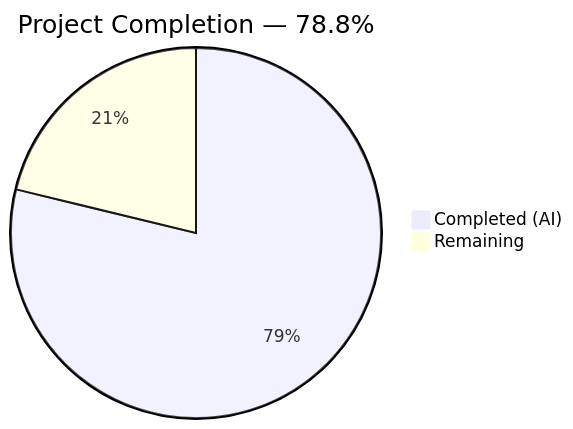
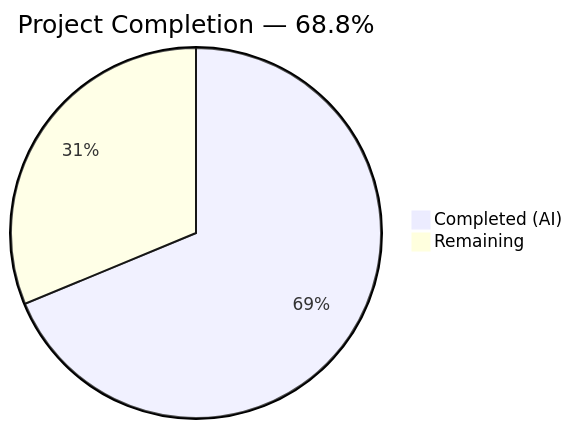
One commit to blitzy-public-samples/blitzy-odoo changed the first of 2 diagrams in blitzy/documentation/Project Guide.md. Above: the diagram before and after it, drawn with Mermaid. The commit also changed other lines of this file, not shown here.

Commit message:
Adding Blitzy Project Guide: Project Status and Human Tasks Remaining

````diff
--- a/blitzy/documentation/Project Guide.md
+++ b/blitzy/documentation/Project Guide.md
@@ -13,5 +13,5 @@
 ```mermaid
-pie title Project Completion — 78.8%
-    "Completed (AI)" : 13
-    "Remaining" : 3.5
+pie title Project Completion — 68.8%
+    "Completed (AI)" : 16.5
+    "Remaining" : 7.5
 ```
````
